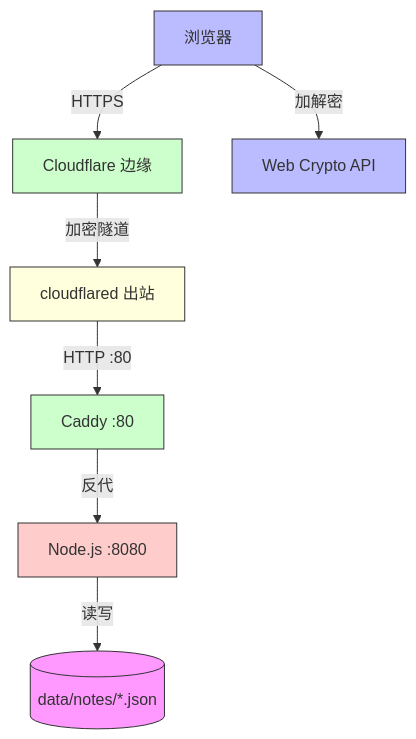
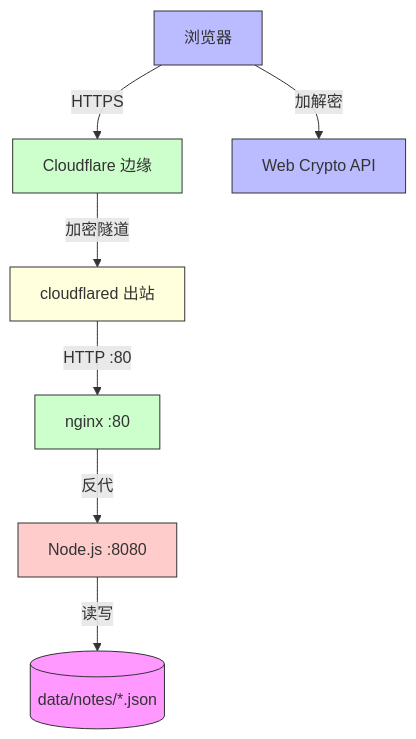
The fifth of 7 diagrams in README.md (zchening/NoteSync), drawn with Mermaid before and after one commit. The commit also changed other lines of this file and 1 other file, not shown here.

````diff
--- a/README.md
+++ b/README.md
@@ -177,16 +177,16 @@
 ```mermaid
 flowchart TD
     Browser[浏览器] -->|HTTPS| CF[Cloudflare 边缘]
     CF -->|加密隧道| Tunneld[cloudflared 出站]
-    Tunneld -->|HTTP :80| Caddy[Caddy :80]
-    Caddy -->|反代| Node[Node.js :8080]
+    Tunneld -->|HTTP :80| Nginx[nginx :80]
+    Nginx -->|反代| Node[Node.js :8080]
     Node -->|读写| Storage[(data/notes/*.json)]
     Browser -->|加解密| Crypto[Web Crypto API]
     style Browser fill:#bbf,stroke:#333
     style CF fill:#cfc,stroke:#333
     style Tunneld fill:#ffd,stroke:#333
-    style Caddy fill:#cfc,stroke:#333
+    style Nginx fill:#cfc,stroke:#333
     style Node fill:#fcc,stroke:#333
     style Storage fill:#f9f,stroke:#333
     style Crypto fill:#bbf,stroke:#333
 ```
````
